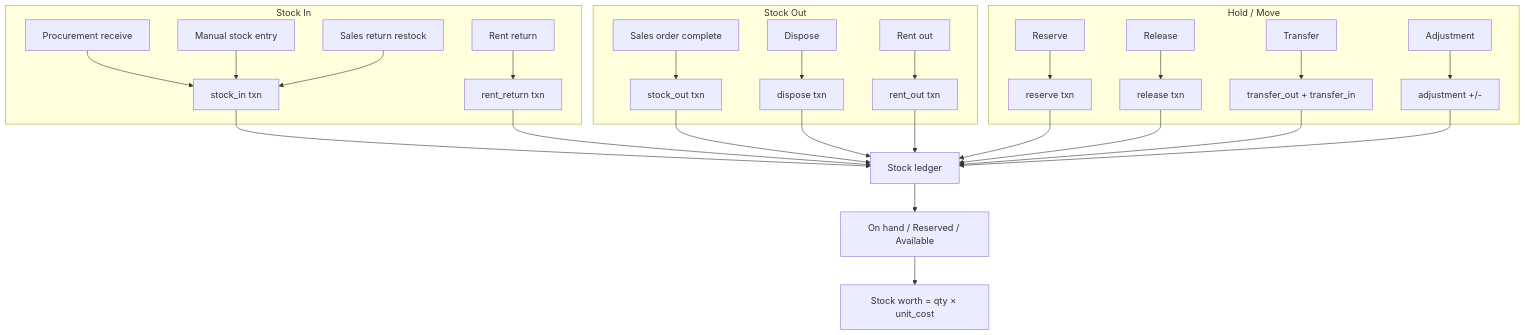
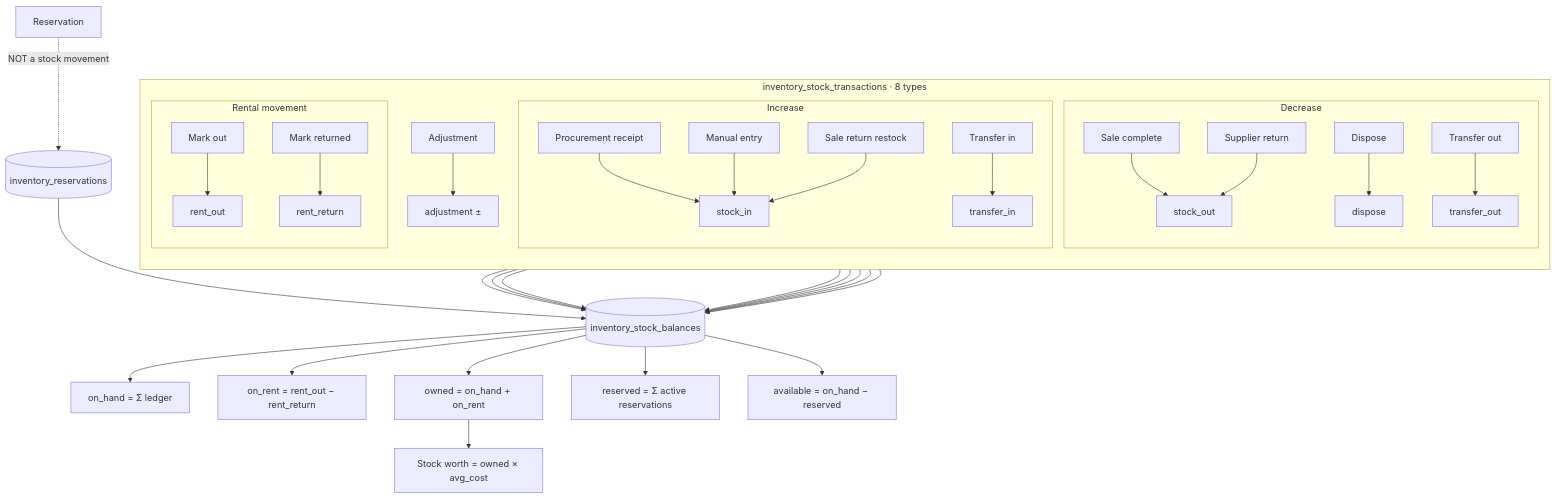
One commit to niaazaai/boms changed diagram 11 of 14 in specs/flows/application-flows.md. Above: the diagram before and after it, drawn with Mermaid. The commit also changed other lines of this file and 61 other files, not shown here.

````diff
--- a/specs/flows/application-flows.md
+++ b/specs/flows/application-flows.md
@@ -144,23 +236,34 @@
 ```mermaid
 flowchart TB
-  subgraph IN[Stock In]
-    PO[Procurement receive] --> TXN_IN[stock_in txn]
-    MSE[Manual stock entry] --> TXN_IN
-    RET[Sales return restock] --> TXN_IN
-    RR[Rent return] --> TXN_RR[rent_return txn]
+  subgraph LEDGER[inventory_stock_transactions · 8 types]
+    direction TB
+    subgraph IN[Increase]
+      PO[Procurement receipt] --> TIN[stock_in]
+      MSE[Manual entry] --> TIN
+      SRET[Sale return restock] --> TIN
+      TRI[Transfer in] --> TTI[transfer_in]
+    end
+    subgraph OUT[Decrease]
+      SO[Sale complete] --> TOUT[stock_out]
+      DSP[Dispose] --> TDSP[dispose]
+      PRET[Supplier return] --> TOUT
+      TRO[Transfer out] --> TTO[transfer_out]
+    end
+    subgraph RENT[Rental movement]
+      RO[Mark out] --> TRO2[rent_out]
+      RR[Mark returned] --> TRR[rent_return]
+    end
+    ADJ[Adjustment] --> TADJ["adjustment ±"]
   end
-  subgraph OUT[Stock Out]
-    SO[Sales order complete] --> TXN_OUT[stock_out txn]
-    DSP[Dispose] --> TXN_DSP[dispose txn]
-    RO[Rent out] --> TXN_RO[rent_out txn]
-  end
-  subgraph HOLD[Hold / Move]
-    RSV[Reserve] --> TXN_RSV[reserve txn]
-    REL[Release] --> TXN_REL[release txn]
-    TR[Transfer] --> TXN_TR[transfer_out + transfer_in]
-    ADJ[Adjustment] --> TXN_ADJ[adjustment +/-]
-  end
-  TXN_IN & TXN_OUT & TXN_DSP & TXN_RSV & TXN_REL & TXN_TR & TXN_ADJ & TXN_RR & TXN_RO --> LEDGER[Stock ledger]
-  LEDGER --> BAL[On hand / Reserved / Available]
-  BAL --> WORTH[Stock worth = qty × unit_cost]
+
+  RSV[Reservation] -.->|NOT a stock movement| RES[(inventory_reservations)]
+
+  TIN & TOUT & TTI & TTO & TDSP & TADJ & TRO2 & TRR --> BAL[(inventory_stock_balances)]
+  RES --> BAL
+  BAL --> Q1[on_hand = Σ ledger]
+  BAL --> Q2[on_rent = rent_out − rent_return]
+  BAL --> Q3[owned = on_hand + on_rent]
+  BAL --> Q4[reserved = Σ active reservations]
+  BAL --> Q5[available = on_hand − reserved]
+  Q3 --> WORTH[Stock worth = owned × avg_cost]
 ```
````
